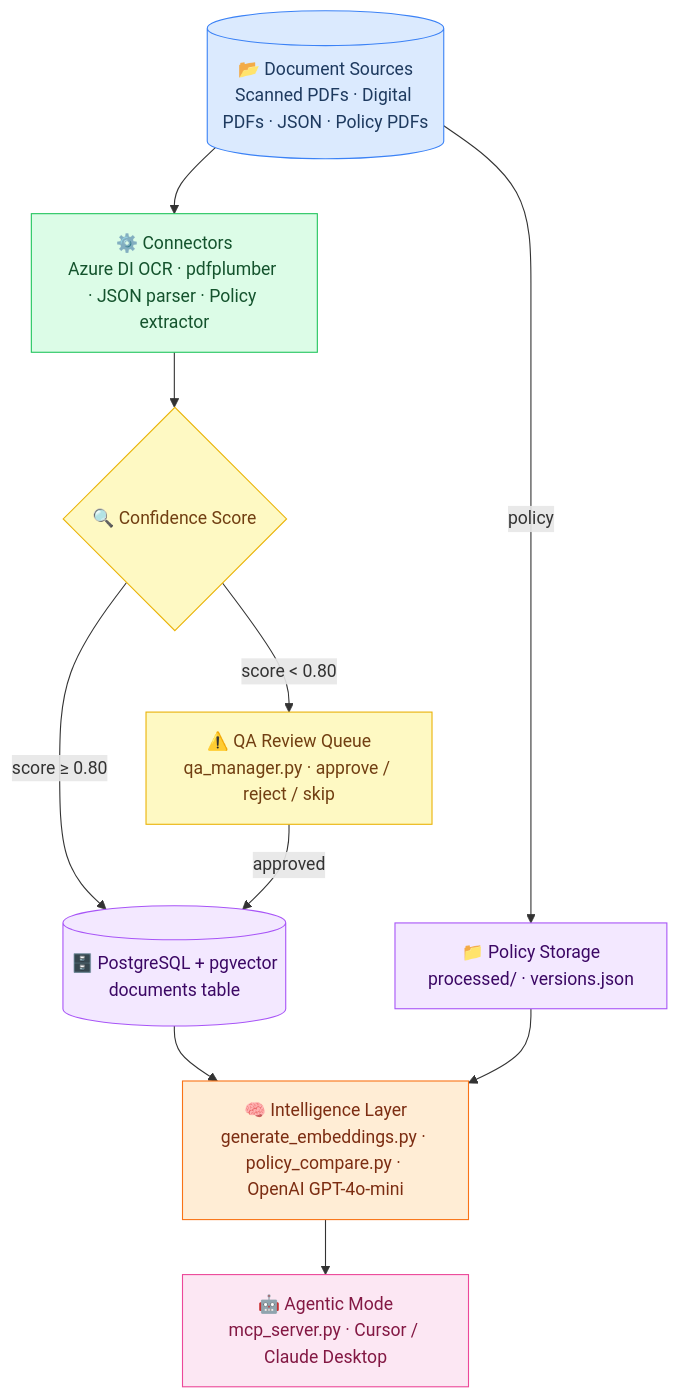
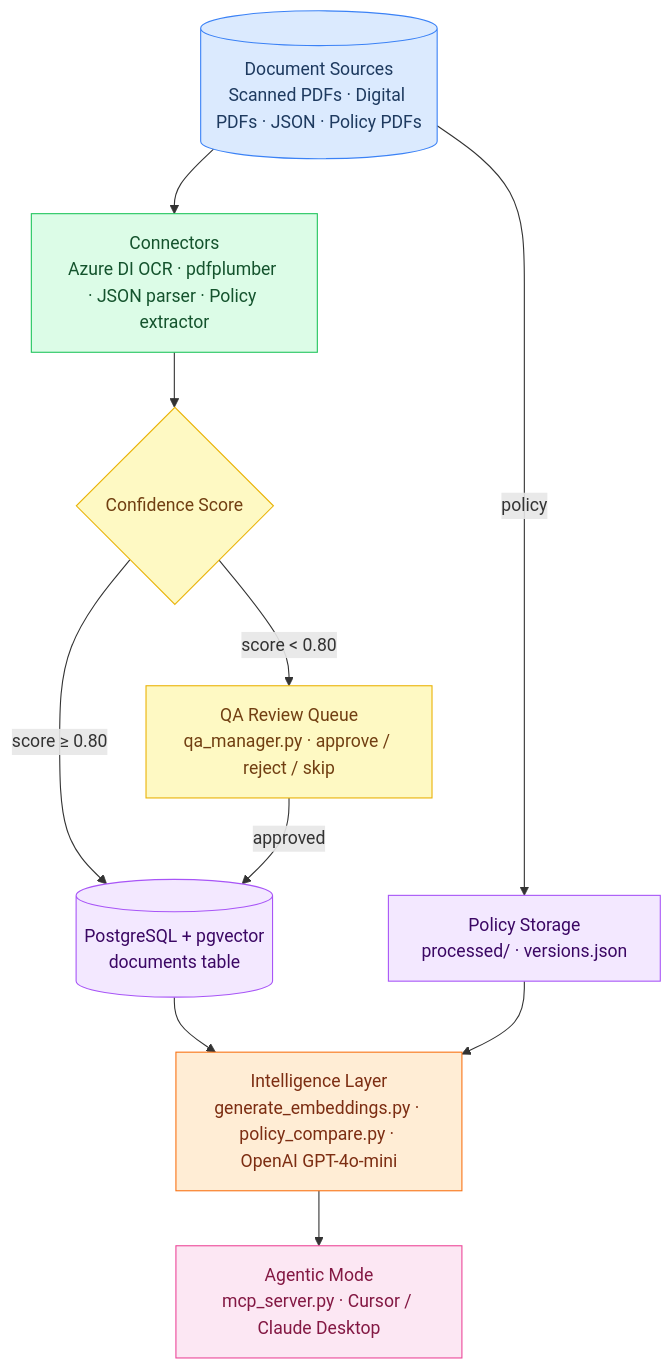
Before and after one commit to Lahari-V03/clinical-doc-pipeline: the diagram in README.md, drawn with Mermaid.

Commit message:
docs: architecture diagram basic version

````diff
--- a/README.md
+++ b/README.md
@@ -22,35 +22,35 @@
 ```mermaid
 flowchart TD
-    A[("📂 Document Sources\nScanned PDFs · Digital PDFs · JSON · Policy PDFs")]
-    B["⚙️ Connectors\nAzure DI OCR · pdfplumber · JSON parser · Policy extractor"]
-    C{"🔍 Confidence Score"}
-    D["⚠️ QA Review Queue\nqa_manager.py · approve / reject / skip"]
-    E[("🗄️ PostgreSQL + pgvector\ndocuments table")]
-    F["📁 Policy Storage\nprocessed/ · versions.json"]
-    G["🧠 Intelligence Layer\ngenerate_embeddings.py · policy_compare.py · OpenAI GPT-4o-mini"]
-    H["🤖 Agentic Mode\nmcp_server.py · Cursor / Claude Desktop"]
+    A[("Document Sources\nScanned PDFs · Digital PDFs · JSON · Policy PDFs")]
+    B["Connectors\nAzure DI OCR · pdfplumber · JSON parser · Policy extractor"]
+    C{"Confidence Score"}
+    D["QA Review Queue\nqa_manager.py · approve / reject / skip"]
+    E[("PostgreSQL + pgvector\ndocuments table")]
+    F["Policy Storage\nprocessed/ · versions.json"]
+    G["Intelligence Layer\ngenerate_embeddings.py · policy_compare.py · OpenAI GPT-4o-mini"]
+    H["Agentic Mode\nmcp_server.py · Cursor / Claude Desktop"]
 
     A --> B
     B --> C
     C -->|"score ≥ 0.80"| E
     C -->|"score < 0.80"| D
     D -->|"approved"| E
     A -->|"policy"| F
     E --> G
     F --> G
     G --> H
 
     classDef source fill:#dbeafe,stroke:#3b82f6,color:#1e3a5f
     classDef connector fill:#dcfce7,stroke:#22c55e,color:#14532d
     classDef qa fill:#fef9c3,stroke:#eab308,color:#713f12
     classDef storage fill:#f3e8ff,stroke:#a855f7,color:#3b0764
     classDef intel fill:#ffedd5,stroke:#f97316,color:#7c2d12
     classDef agentic fill:#fce7f3,stroke:#ec4899,color:#831843
 
     class A source
     class B connector
     class C,D qa
     class E,F storage
     class G intel
     class H agentic
 ```
````
